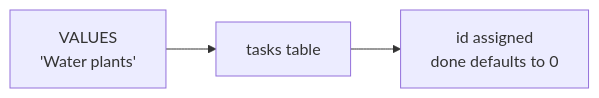
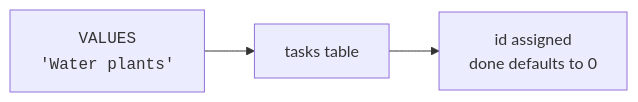
One commit to dataslope/dataslope changed the second of 3 diagrams in content/learn/sqlite-for-beginners/inserting-data.mdx. Above: the diagram before and after it, drawn with Mermaid. The commit also changed other lines of this file and 56 other files, not shown here.

````diff
--- a/content/learn/sqlite-for-beginners/inserting-data.mdx
+++ b/content/learn/sqlite-for-beginners/inserting-data.mdx
@@ -76,5 +76,5 @@
 ```mermaid
 flowchart LR
-    V["VALUES<br/>'Water plants'"] --> T["tasks table"]
+    V["<code>VALUES<br/>'Water plants'</code>"] --> T["tasks table"]
     T --> R["id assigned<br/>done defaults to 0"]
 ```
````
